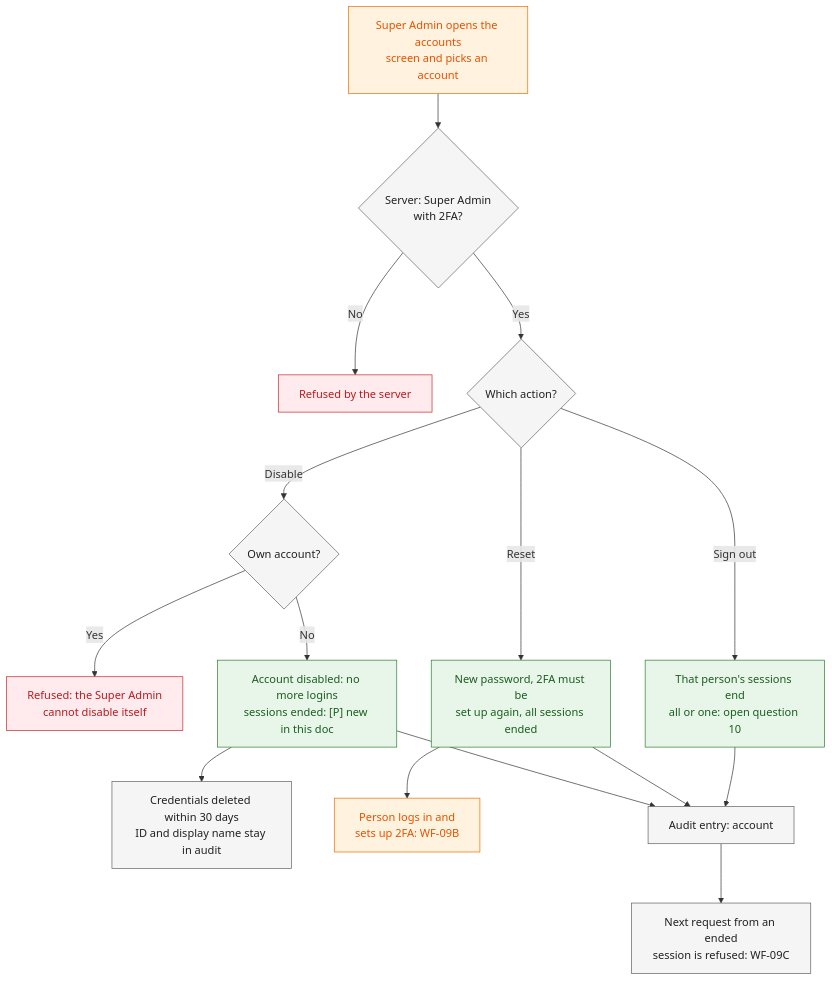
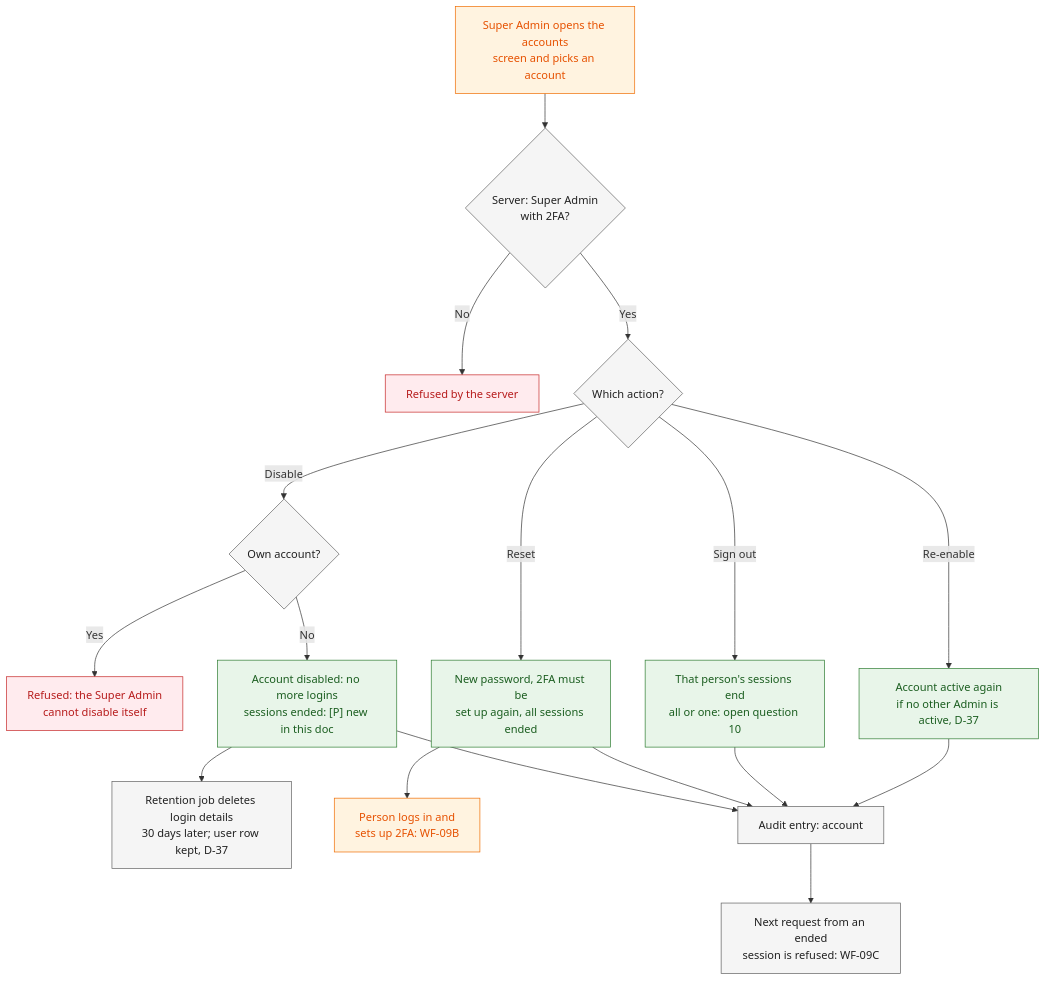
One commit to DevNarvs/kasoundbox-2026 changed diagram 24 of 34 in docs/03-workflows/administration.md. Above: the diagram before and after it, drawn with Mermaid. The commit also changed other lines of this file and 26 other files, not shown here.

````diff
--- a/docs/03-workflows/administration.md
+++ b/docs/03-workflows/administration.md
@@ -1779,26 +1781,28 @@
 ```mermaid
 flowchart TD
     A["Super Admin opens the accounts<br/>screen and picks an account"] --> B{"Server: Super Admin<br/>with 2FA?"}
     B -->|"No"| BF["Refused by the server"]
     B -->|"Yes"| K{"Which action?"}
     K -->|"Disable"| D{"Own account?"}
     D -->|"Yes"| DF["Refused: the Super Admin<br/>cannot disable itself"]
     D -->|"No"| D1["Account disabled: no more logins<br/>sessions ended: [P] new in this doc"]
-    D1 --> D2["Credentials deleted within 30 days<br/>ID and display name stay in audit"]
+    D1 --> D2["Retention job deletes login details<br/>30 days later; user row kept, D-37"]
+    K -->|"Re-enable"| E1["Account active again<br/>if no other Admin is active, D-37"]
     K -->|"Reset"| R1["New password, 2FA must be<br/>set up again, all sessions ended"]
     R1 --> R2["Person logs in and<br/>sets up 2FA: WF-09B"]
     K -->|"Sign out"| S1["That person's sessions end<br/>all or one: open question 10"]
     D1 --> AU["Audit entry: account"]
     R1 --> AU
     S1 --> AU
+    E1 --> AU
     AU --> N["Next request from an ended<br/>session is refused: WF-09C"]
     classDef customer fill:#e3f2fd,stroke:#1565c0,color:#0d47a1
     classDef system fill:#f5f5f5,stroke:#616161,color:#212121
     classDef admin fill:#fff3e0,stroke:#ef6c00,color:#e65100
     classDef status fill:#e8f5e9,stroke:#2e7d32,color:#1b5e20
     classDef failure fill:#ffebee,stroke:#c62828,color:#b71c1c
     class A,R2 admin
     class B,K,D,D2,AU,N system
-    class D1,R1,S1 status
+    class D1,R1,S1,E1 status
     class BF,DF failure
 ```
````
